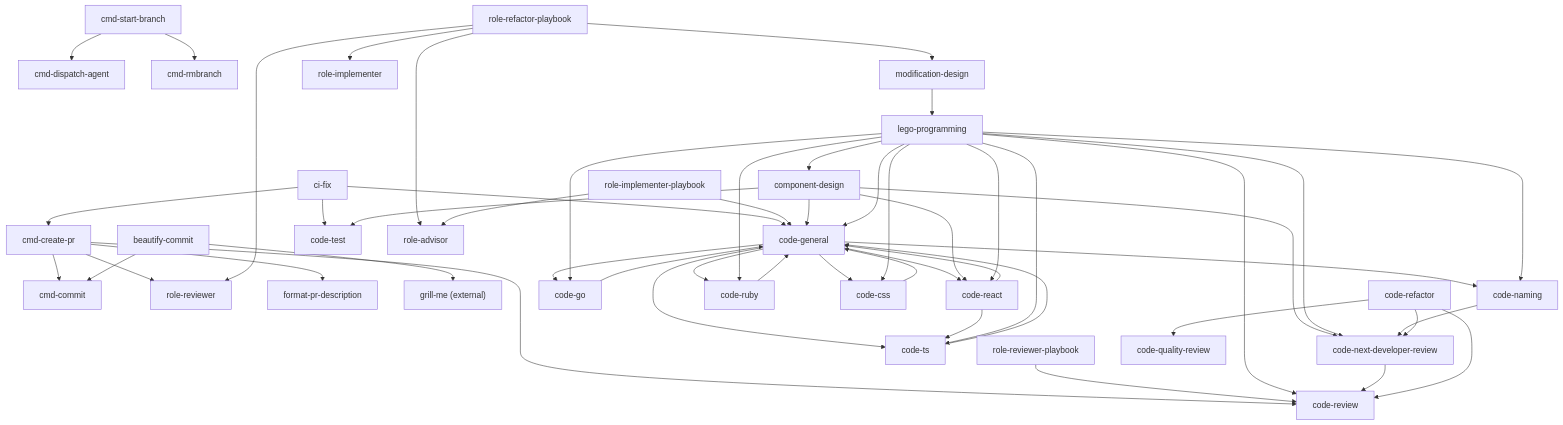
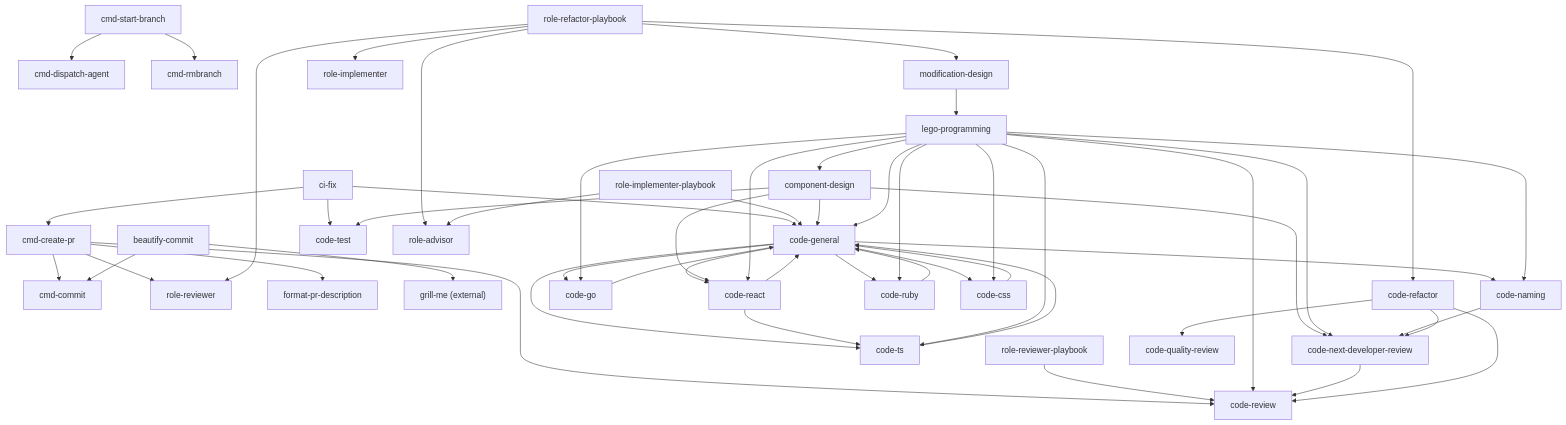
The diagram in docs/skill-dependency-map.md (version-1/agents-docs), drawn with Mermaid before and after one commit. The commit also changed other lines of this file and 2 other files, not shown here.

First line of the commit message:
Refactor 設計で code-refactor を併用

````diff
--- a/docs/skill-dependency-map.md
+++ b/docs/skill-dependency-map.md
@@ -170,64 +172,65 @@
 ```mermaid
 graph TD
     cmd_create_pr["cmd-create-pr"] --> cmd_commit["cmd-commit"]
     cmd_create_pr --> role_reviewer["role-reviewer"]
     cmd_create_pr --> code_review["code-review"]
     cmd_create_pr --> format_pr_description["format-pr-description"]
 
     cmd_start_branch["cmd-start-branch"] --> cmd_dispatch_agent["cmd-dispatch-agent"]
     cmd_start_branch --> cmd_rmbranch["cmd-rmbranch"]
 
     beautify_commit["beautify-commit"] --> cmd_commit
     beautify_commit --> grill_me["grill-me (external)"]
 
     ci_fix["ci-fix"] --> code_general
     ci_fix --> code_test["code-test"]
     ci_fix --> cmd_create_pr
 
     role_reviewer_playbook["role-reviewer-playbook"] --> code_review
+    role_refactor_playbook["role-refactor-playbook"] --> code_refactor["code-refactor"]
     role_refactor_playbook["role-refactor-playbook"] --> modification_design["modification-design"]
     role_refactor_playbook --> role_implementer["role-implementer"]
     role_refactor_playbook --> role_reviewer
     role_refactor_playbook --> role_advisor["role-advisor"]
     role_implementer_playbook["role-implementer-playbook"] --> code_general["code-general"]
     role_implementer_playbook --> role_advisor
 
     code_general --> code_naming["code-naming"]
     code_general --> code_go["code-go"]
     code_general --> code_ts["code-ts"]
     code_general --> code_react["code-react"]
     code_general --> code_ruby["code-ruby"]
     code_general --> code_css["code-css"]
     code_go --> code_general
     code_ts --> code_general
     code_react --> code_general
     code_react --> code_ts
     code_ruby --> code_general
     code_css --> code_general
 
     component_design["component-design"] --> code_general
     component_design --> code_react
     component_design --> code_test
     component_design --> code_next_dev["code-next-developer-review"]
 
     lego_programming["lego-programming"] --> code_general
     lego_programming --> code_go
     lego_programming --> code_ts
     lego_programming --> code_react
     lego_programming --> code_ruby
     lego_programming --> code_css
     lego_programming --> component_design
     lego_programming --> code_naming
     lego_programming --> code_review
     lego_programming --> code_next_dev
 
     modification_design["modification-design"] --> lego_programming
 
     code_naming --> code_next_dev
 
     code_next_dev --> code_review
 
     code_refactor["code-refactor"] --> code_quality["code-quality-review"]
     code_refactor --> code_review
     code_refactor --> code_next_dev
 ```
````
